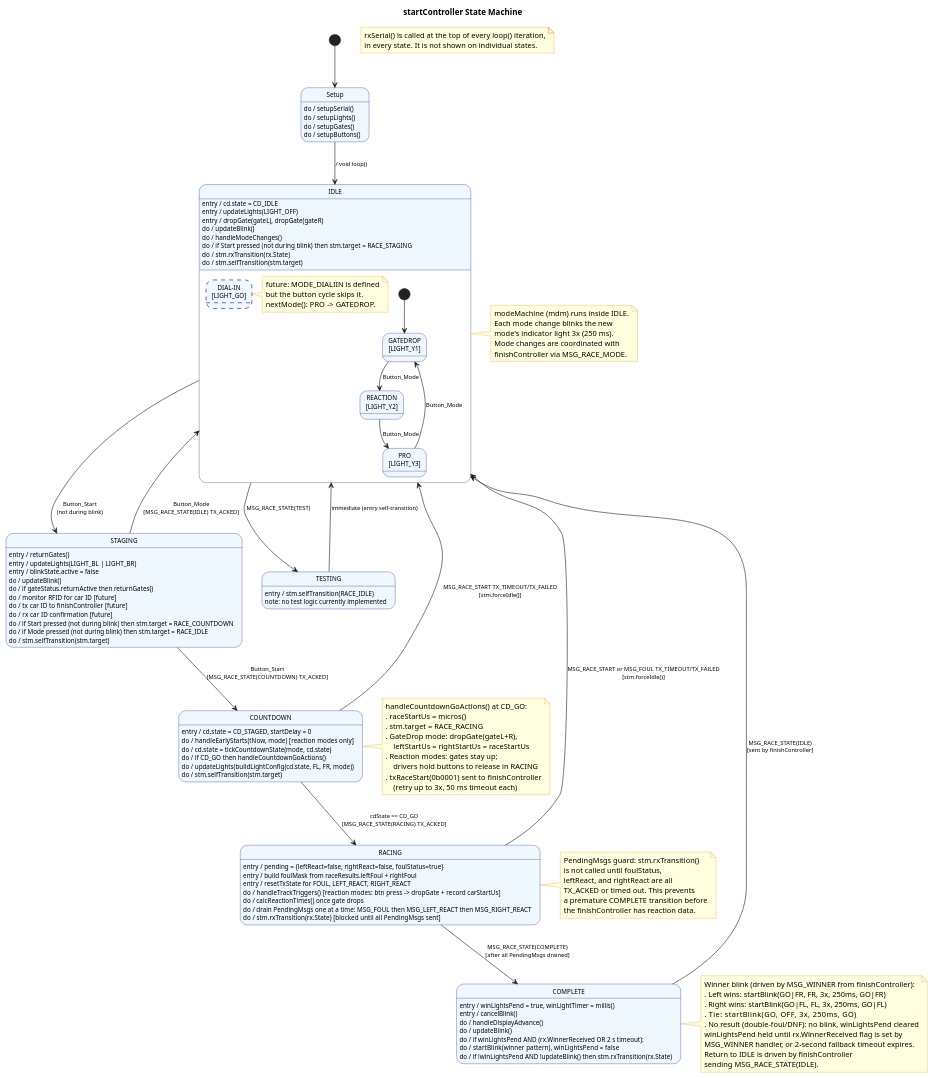
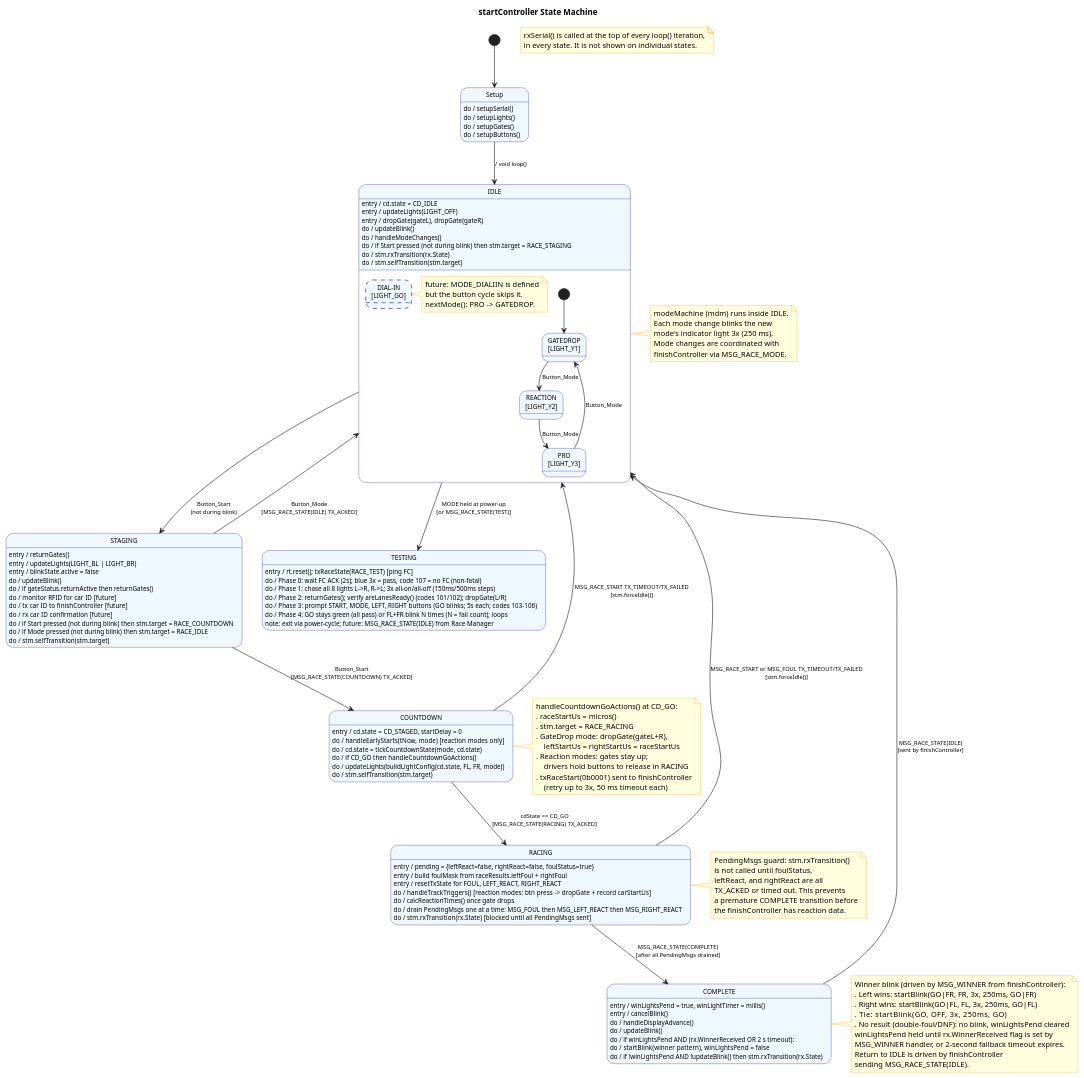
One commit to dgschaaf/DerbyTimer changed the diagram in docs/PlantUML/stm_startController.puml. Above: the diagram before and after it, drawn with PlantUML. The commit also changed 22 other files, not shown here.

Commit message:
Very large change consisting of an overhaul of the testing suite including all levels of testing and fleshing out the testing state on the SC and FC. This comprehensive and thorough testing is the initial version of testing that will be refined and checked.

```diff
--- a/docs/PlantUML/stm_startController.puml
+++ b/docs/PlantUML/stm_startController.puml
@@ -1,185 +1,189 @@
 @startuml startController_STM
 skinparam state {
   BackgroundColor AliceBlue
   BorderColor Navy
   FontSize 11
   ArrowFontSize 10
 }
 skinparam noteBackgroundColor LightYellow
 skinparam noteBorderColor DarkOrange
 
 title startController State Machine
 
 note as N_RX
   rxSerial() is called at the top of every loop() iteration,
   in every state. It is not shown on individual states.
 end note
 
 [*] --> Setup
 
 ' ============================================================
 ' SETUP
 ' ============================================================
 state "Setup" as Setup {
   Setup : do / setupSerial()
   Setup : do / setupLights()
   Setup : do / setupGates()
   Setup : do / setupButtons()
 }
 
 Setup --> IDLE : / void loop()
 
 ' ============================================================
 ' IDLE  (composite: raceMode sub-states managed by modeMachine)
 ' ============================================================
 state "IDLE" as IDLE {
   IDLE : entry / cd.state = CD_IDLE
   IDLE : entry / updateLights(LIGHT_OFF)
   IDLE : entry / dropGate(gateL), dropGate(gateR)
   IDLE : do / updateBlink()
   IDLE : do / handleModeChanges()
   IDLE : do / if Start pressed (not during blink) then stm.target = RACE_STAGING
   IDLE : do / stm.rxTransition(rx.State)
   IDLE : do / stm.selfTransition(stm.target)
 
   state "GATEDROP\n[LIGHT_Y1]" as M_GD
   state "REACTION\n[LIGHT_Y2]"  as M_RE
   state "PRO\n[LIGHT_Y3]"       as M_PR
   state "DIAL-IN\n[LIGHT_GO]"   as M_DI #line.dashed
 
   note right of M_DI
     future: MODE_DIALIIN is defined
     but the button cycle skips it.
     nextMode(): PRO -> GATEDROP.
   end note
 
   [*]   --> M_GD
   M_GD --> M_RE : Button_Mode
   M_RE --> M_PR : Button_Mode
   M_PR --> M_GD : Button_Mode
 }
 
 note right of IDLE
   modeMachine (mdm) runs inside IDLE.
   Each mode change blinks the new
   mode's indicator light 3x (250 ms).
   Mode changes are coordinated with
   finishController via MSG_RACE_MODE.
 end note
 
 ' ============================================================
 ' STAGING
 ' ============================================================
 state "STAGING" as STAGING {
   STAGING : entry / returnGates()
   STAGING : entry / updateLights(LIGHT_BL | LIGHT_BR)
   STAGING : entry / blinkState.active = false
   STAGING : do / updateBlink()
   STAGING : do / if gateStatus.returnActive then returnGates()
   STAGING : do / monitor RFID for car ID  [future]
   STAGING : do / tx car ID to finishController  [future]
   STAGING : do / rx car ID confirmation  [future]
   STAGING : do / if Start pressed (not during blink) then stm.target = RACE_COUNTDOWN
   STAGING : do / if Mode pressed (not during blink) then stm.target = RACE_IDLE
   STAGING : do / stm.selfTransition(stm.target)
 }
 
 ' ============================================================
 ' COUNTDOWN
 ' ============================================================
 state "COUNTDOWN" as COUNTDOWN {
   COUNTDOWN : entry / cd.state = CD_STAGED, startDelay = 0
   COUNTDOWN : do / handleEarlyStarts(tNow, mode)  [reaction modes only]
   COUNTDOWN : do / cd.state = tickCountdownState(mode, cd.state)
   COUNTDOWN : do / if CD_GO then handleCountdownGoActions()
   COUNTDOWN : do / updateLights(buildLightConfig(cd.state, FL, FR, mode))
   COUNTDOWN : do / stm.selfTransition(stm.target)
 }
 
 note right of COUNTDOWN
   handleCountdownGoActions() at CD_GO:
   . raceStartUs = micros()
   . stm.target = RACE_RACING
   . GateDrop mode: dropGate(gateL+R),
       leftStartUs = rightStartUs = raceStartUs
   . Reaction modes: gates stay up;
       drivers hold buttons to release in RACING
   . txRaceStart(0b0001) sent to finishController
       (retry up to 3x, 50 ms timeout each)
 end note
 
 ' ============================================================
 ' RACING
 ' ============================================================
 state "RACING" as RACING {
   RACING : entry / pending = {leftReact=false, rightReact=false, foulStatus=true}
   RACING : entry / build foulMask from raceResults.leftFoul + rightFoul
   RACING : entry / resetTxState for FOUL, LEFT_REACT, RIGHT_REACT
   RACING : do / handleTrackTriggers()  [reaction modes: btn press -> dropGate + record carStartUs]
   RACING : do / calcReactionTimes() once gate drops
   RACING : do / drain PendingMsgs one at a time: MSG_FOUL then MSG_LEFT_REACT then MSG_RIGHT_REACT
   RACING : do / stm.rxTransition(rx.State)  [blocked until all PendingMsgs sent]
 }
 
 note right of RACING
   PendingMsgs guard: stm.rxTransition()
   is not called until foulStatus,
   leftReact, and rightReact are all
   TX_ACKED or timed out. This prevents
   a premature COMPLETE transition before
   the finishController has reaction data.
 end note
 
 ' ============================================================
 ' COMPLETE
 ' ============================================================
 state "COMPLETE" as COMPLETE {
   COMPLETE : entry / winLightsPend = true, winLightTimer = millis()
   COMPLETE : entry / cancelBlink()
   COMPLETE : do / handleDisplayAdvance()
   COMPLETE : do / updateBlink()
   COMPLETE : do / if winLightsPend AND (rx.WinnerReceived OR 2 s timeout):
   COMPLETE : do /   startBlink(winner pattern), winLightsPend = false
   COMPLETE : do / if !winLightsPend AND !updateBlink() then stm.rxTransition(rx.State)
 }
 
 note right of COMPLETE
   Winner blink (driven by MSG_WINNER from finishController):
   . Left wins:  startBlink(GO|FR, FR, 3x, 250ms, GO|FR)
   . Right wins: startBlink(GO|FL, FL, 3x, 250ms, GO|FL)
   . Tie:        startBlink(GO, OFF, 3x, 250ms, GO)
   . No result (double-foul/DNF): no blink, winLightsPend cleared
   winLightsPend held until rx.WinnerReceived flag is set by
   MSG_WINNER handler, or 2-second fallback timeout expires.
   Return to IDLE is driven by finishController
   sending MSG_RACE_STATE(IDLE).
 end note
 
 ' ============================================================
-' TESTING  (stub: immediately self-transitions to IDLE)
+' TESTING  (4-phase self-test; hold MODE at power-up to enter)
 ' ============================================================
 state "TESTING" as TESTING {
-  TESTING : entry / stm.selfTransition(RACE_IDLE)
-  TESTING : note: no test logic currently implemented
+  TESTING : entry / rt.reset(); txRaceState(RACE_TEST) [ping FC]
+  TESTING : do / Phase 0: wait FC ACK (2s); blue 3x = pass, code 107 = no FC (non-fatal)
+  TESTING : do / Phase 1: chase all 8 lights L->R, R->L; 3x all-on/all-off (150ms/500ms steps)
+  TESTING : do / Phase 2: returnGates(); verify areLanesReady() (codes 101/102); dropGate(L/R)
+  TESTING : do / Phase 3: prompt START, MODE, LEFT, RIGHT buttons (GO blinks; 5s each; codes 103-106)
+  TESTING : do / Phase 4: GO stays green (all pass) or FL+FR blink N times (N = fail count); loops
+  TESTING : note: exit via power-cycle; future: MSG_RACE_STATE(IDLE) from Race Manager
 }
 
 ' ============================================================
 ' TRANSITIONS
 ' ============================================================
 IDLE      --> STAGING   : Button_Start\n(not during blink)
-IDLE      --> TESTING   : MSG_RACE_STATE(TEST)
+IDLE      --> TESTING   : MODE held at power-up\n[or MSG_RACE_STATE(TEST)]
 
 STAGING   --> COUNTDOWN : Button_Start\n[MSG_RACE_STATE(COUNTDOWN) TX_ACKED]
 STAGING   --> IDLE      : Button_Mode\n[MSG_RACE_STATE(IDLE) TX_ACKED]
 
 COUNTDOWN --> RACING    : cdState == CD_GO\n[MSG_RACE_STATE(RACING) TX_ACKED]
 COUNTDOWN --> IDLE      : MSG_RACE_START TX_TIMEOUT/TX_FAILED\n[stm.forceIdle()]
 
 RACING    --> COMPLETE  : MSG_RACE_STATE(COMPLETE)\n[after all PendingMsgs drained]
 RACING    --> IDLE      : MSG_RACE_START or MSG_FOUL TX_TIMEOUT/TX_FAILED\n[stm.forceIdle()]
 
 COMPLETE  --> IDLE      : MSG_RACE_STATE(IDLE)\n[sent by finishController]
 
-TESTING   --> IDLE      : immediate (entry self-transition)
 
 @enduml
```
